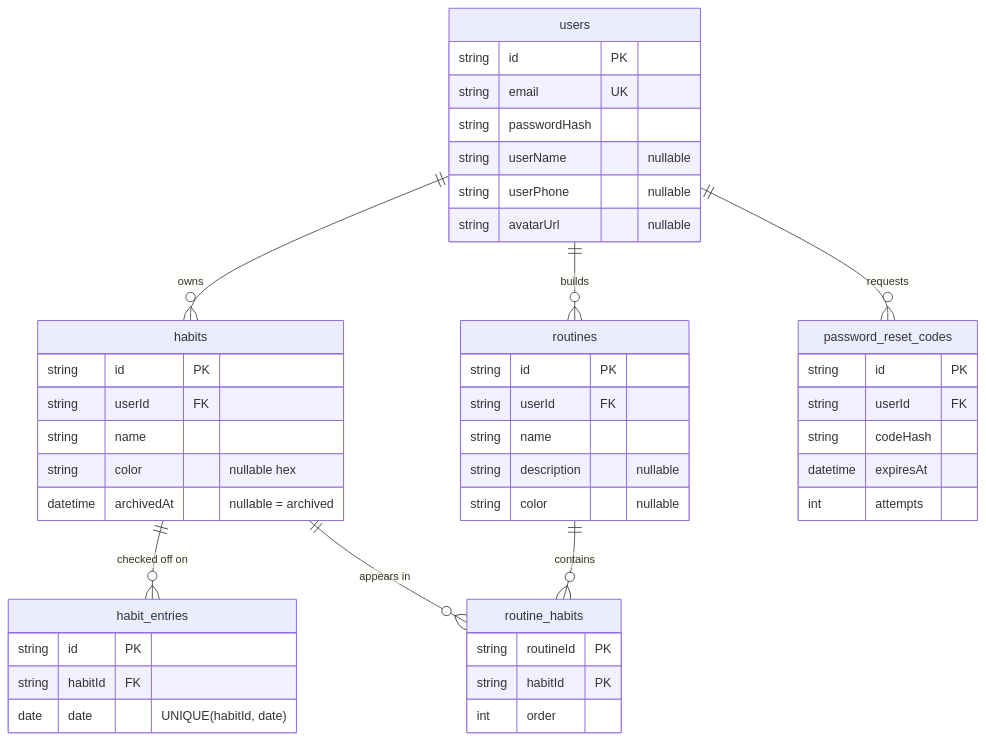
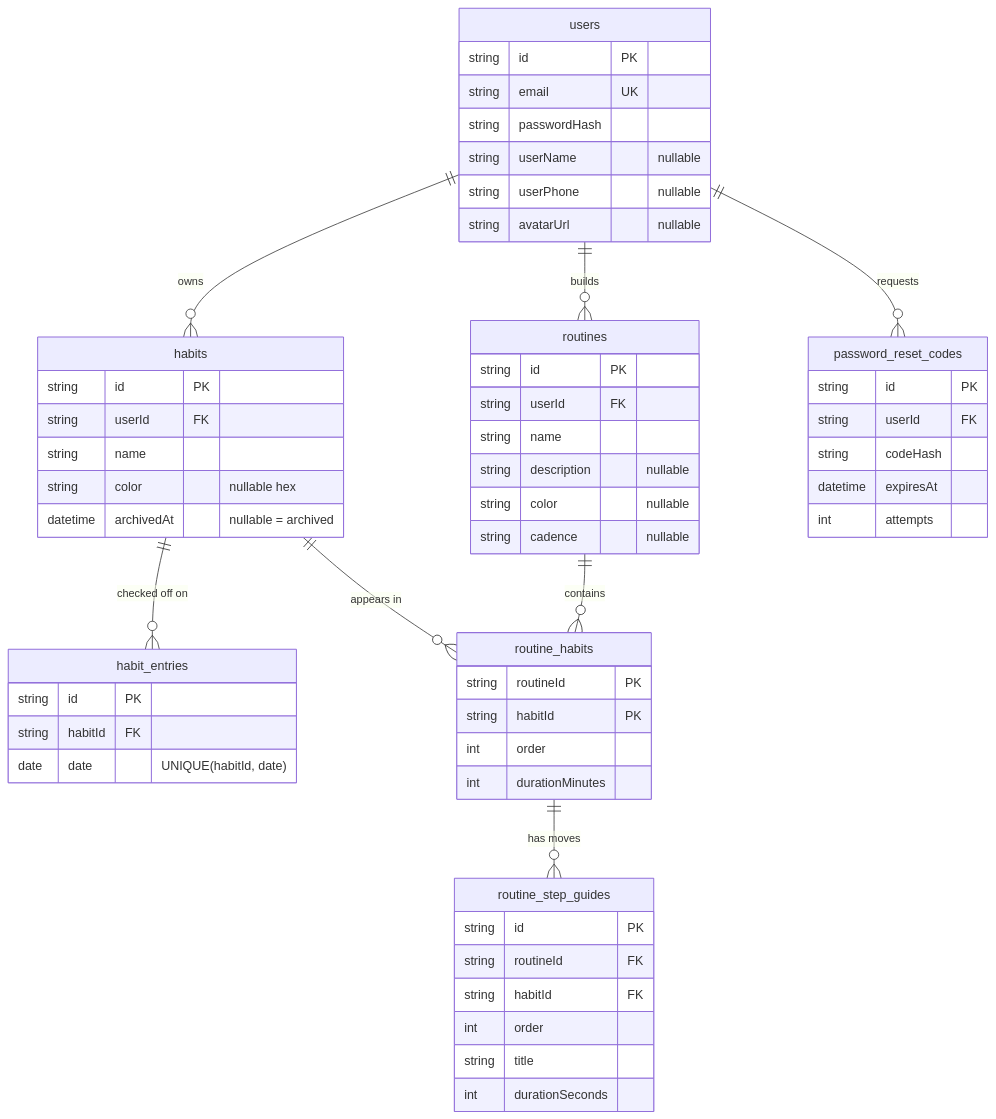
One commit to duynnguyen22/one_percent changed the second of 2 diagrams in README.md. Above: the diagram before and after it, drawn with Mermaid. The commit also changed other lines of this file and 26 other files, not shown here.

````diff
--- a/README.md
+++ b/README.md
@@ -194,49 +223,60 @@
 ```mermaid
 erDiagram
     users ||--o{ habits : owns
     users ||--o{ routines : builds
     users ||--o{ password_reset_codes : requests
     habits ||--o{ habit_entries : "checked off on"
     routines ||--o{ routine_habits : contains
     habits ||--o{ routine_habits : "appears in"
+    routine_habits ||--o{ routine_step_guides : "has moves"
 
     users {
         string id PK
         string email UK
         string passwordHash
         string userName "nullable"
         string userPhone "nullable"
         string avatarUrl "nullable"
     }
     habits {
         string id PK
         string userId FK
         string name
         string color "nullable hex"
         datetime archivedAt "nullable = archived"
     }
     habit_entries {
         string id PK
         string habitId FK
         date date "UNIQUE(habitId, date)"
     }
     routines {
         string id PK
         string userId FK
         string name
         string description "nullable"
         string color "nullable"
+        string cadence "nullable"
     }
     routine_habits {
         string routineId PK
         string habitId PK
         int order
+        int durationMinutes
+    }
+    routine_step_guides {
+        string id PK
+        string routineId FK
+        string habitId FK
+        int order
+        string title
+        int durationSeconds
     }
     password_reset_codes {
         string id PK
         string userId FK
         string codeHash
         datetime expiresAt
         int attempts
     }
 ```
````
